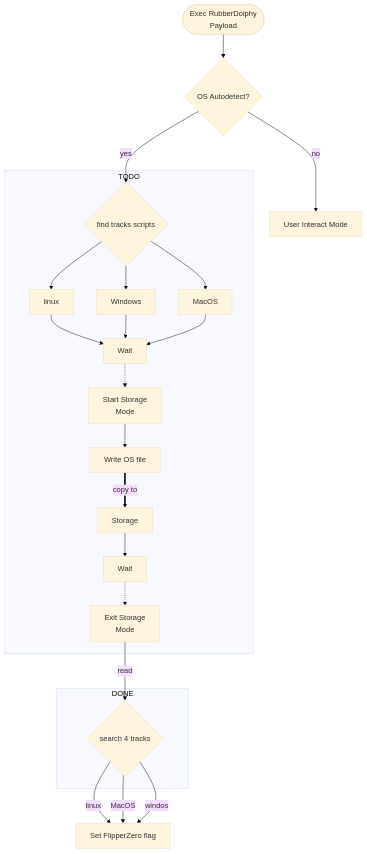
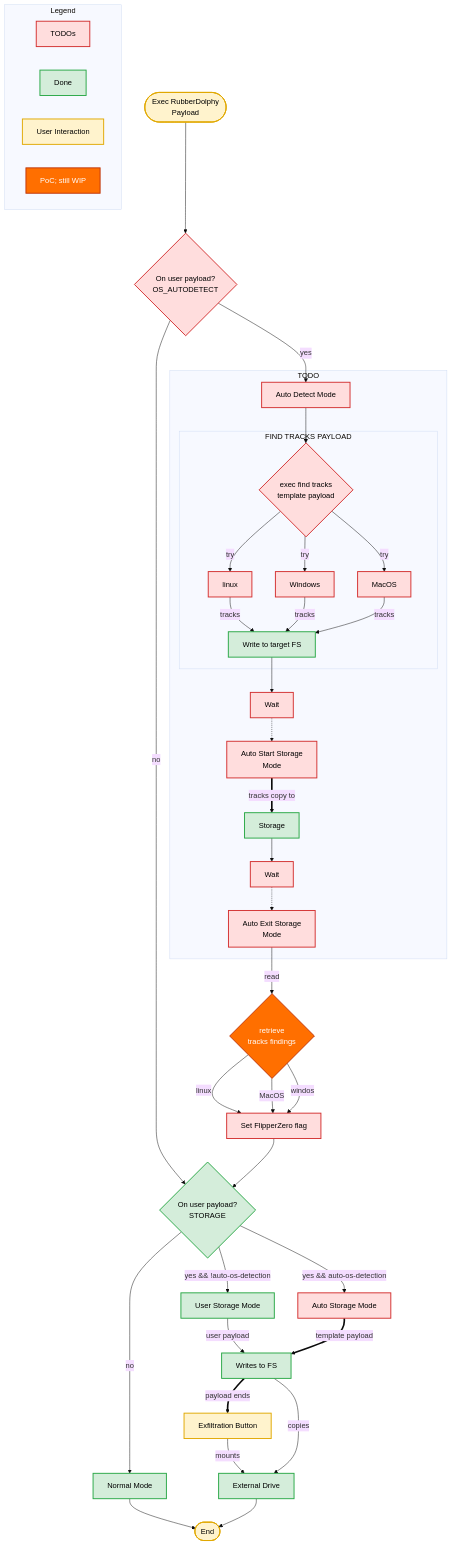
The diagram in README.md (carvilsi/rubber-dolphy), drawn with Mermaid (base theme) before and after one commit.

Commit message:
:bulb: updates roadmap

````diff
--- a/README.md
+++ b/README.md
@@ -168,23 +168,61 @@
 ```mermaid
 flowchart TB
-    cfz([Exec RubberDolphy<br>Payload]) --> mode{OS Autodetect?}
-    mode -->|yes| scrpts{find tracks scripts}
-    mode -->|no| interact[User Interact Mode]
+    cfz([Exec RubberDolphy<br>Payload]) --> mode{On user payload?<br>OS_AUTODETECT}
+    mode -->|yes| auto_detect_os
+    mode -->|no| storage{On user payload?<br>STORAGE}
     subgraph TODO[TODO]
-        scrpts --> scrpts_linux[linux] --> wait[Wait]
-        scrpts --> scrpts_windows[Windows] --> wait
-        scrpts --> scrpts_macos[MacOS] --> wait
-        wait -.-> start_storage_mode[Start Storage<br>Mode]
-        start_storage_mode --> wrt[Write OS file] 
-        wrt ==>|copy to|storage[Storage]
-        storage --> wait1[Wait] -.-> stop_storage_mode[Exit Storage<br>Mode]
-    end 
-    
-    subgraph done0[DONE]
-        stop_storage_mode -->|read| tracks{search 4 tracks}    
+        auto_detect_os[Auto Detect Mode] --> scrpts{exec find tracks<br>template payload}
+        subgraph find_tracks[FIND TRACKS PAYLOAD]
+            scrpts -->|try|scrpts_linux[linux] -->|tracks|persist_fs[Write to target FS]
+            scrpts -->|try|scrpts_windows[Windows] -->|tracks|persist_fs[Write to target FS] 
+            scrpts -->|try|scrpts_macos[MacOS] -->|tracks|persist_fs[Write to target FS]
+        end
+        persist_fs[Write to target FS]-->wait[Wait]
+        wait -.-> start_storage_mode[Auto Start Storage<br>Mode]
+        start_storage_mode ==>|tracks copy to|fz_storage[Storage]
+        fz_storage --> wait1[Wait] -.-> stop_storage_mode[Auto Exit Storage<br>Mode]
+    end   
+    stop_storage_mode -->|read| tracks{retrieve<br>tracks findings}  
+    tracks -->|linux| fzf[Set FlipperZero flag]
+    tracks -->|MacOS| fzf
+    tracks -->|windos| fzf
+    fzf --> storage
+    storage -->|yes && !auto-os-detection|user_storage_mode[User Storage Mode]
+    storage -->|yes && auto-os-detection|auto_storage_mode[Auto Storage Mode]
+    storage -->|no|normal[Normal Mode]
+    user_storage_mode -->|user payload|write_fs[Writes to FS]
+    write_fs ==>|payload ends|exfl[Exfiltration Button]
+    normal -->finish([End])
+    auto_storage_mode ==>|template payload|write_fs
+    exfl -->|mounts|drv[External Drive]
+    write_fs -->|copies|drv-->finish
+    subgraph legend[Legend]
+        tod[TODOs]
+        don[Done]
+        usr[User Interaction]
+        wip[PoC; still WIP]
     end
-    
-    tracks -->|linux| fzv[Set FlipperZero flag]
-    tracks -->|MacOS| fzv
-    tracks -->|windos| fzv
+%% Class definitions
+classDef user fill:#fff3cd,stroke:#e0a800,stroke-width:2px,color:#000;
+classDef auto fill:#d6ecff,stroke:#1e88e5,stroke-width:2px,color:#000;
+classDef todo fill:#ffdddd,stroke:#d32f2f,stroke-width:2px,color:#000;
+classDef done fill:#d4edda,stroke:#28a745,stroke-width:2px,color:#000;
+classDef poc fill:#ff6f00,stroke:#bf360c,stroke-width:2px,color:#fff;
+
+%% TODOs
+class wait,wait1 todo
+class start_storage_mode,stop_storage_mode todo
+class mode,auto_detect_os todo
+class scrpts,scrpts_linux,scrpts_windows,scrpts_macos todo
+class fzf todo
+class auto_storage_mode todo
+class tod todo
+%% Done
+class don,persist_fs,fz_storage,storage,normal,user_storage_mode,storage1,write_fs,drv done
+%% PoC done but still need to implement
+class tracks,wip poc
+
+%% User Actions
+class cfz,finish,exfl,usr user
+
 ```
````
